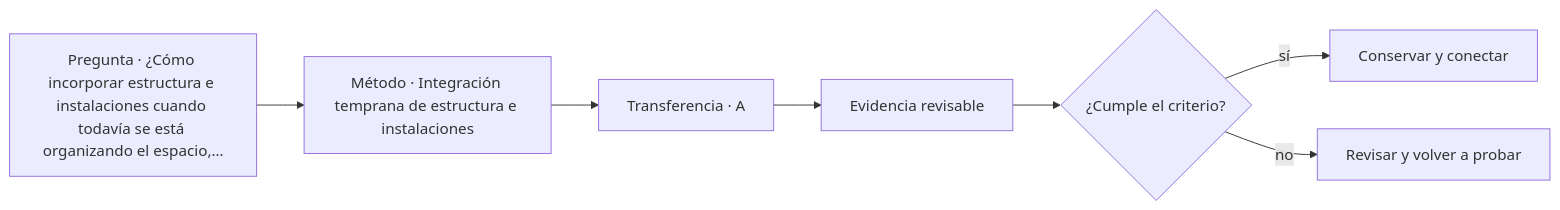
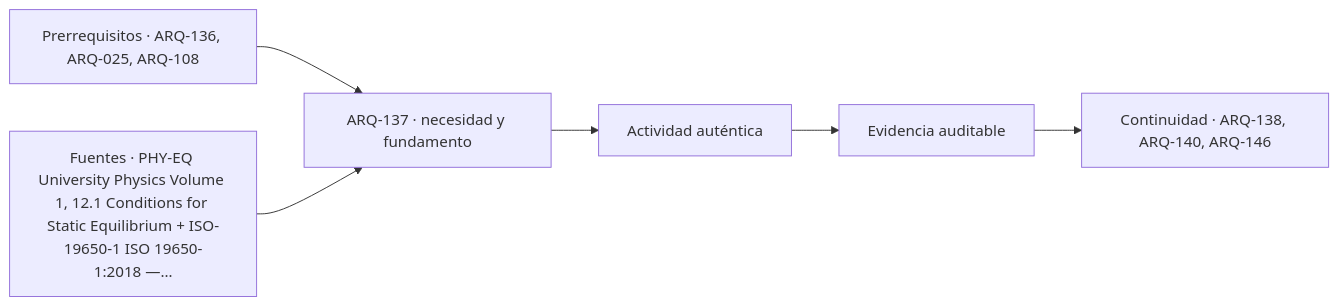
One commit to vladimiracunadev-create/architecture-built-environment-learning-program changed the diagram in classes/parte-14/ARQ-137.md. Above: the diagram before and after it, drawn with Mermaid. The commit also changed other lines of this file and 761 other files, not shown here.

````diff
--- a/classes/parte-14/ARQ-137.md
+++ b/classes/parte-14/ARQ-137.md
@@ -102,9 +114,8 @@
 ```mermaid
 flowchart LR
-    Q["Pregunta · ¿Cómo incorporar estructura e instalaciones cuando todavía se está organizando el espacio,…"] --> M["Método · Integración temprana de estructura e instalaciones"]
-    M --> P["Transferencia · A"]
-    P --> E["Evidencia revisable"]
-    E --> C{"¿Cumple el criterio?"}
-    C -->|sí| T["Conservar y conectar"]
-    C -->|no| R["Revisar y volver a probar"]
+    A["Prerrequisitos · ARQ-136, ARQ-025, ARQ-108"] --> B["ARQ-137 · necesidad y fundamento"]
+    S["Fuentes · PHY-EQ University Physics Volume 1, 12.1 Conditions for Static Equilibrium + ISO-19650-1 ISO 19650-1:2018 —…"] --> B
+    B --> C["Actividad auténtica"]
+    C --> D["Evidencia auditable"]
+    D --> E["Continuidad · ARQ-138, ARQ-140, ARQ-146"]
 ```
````
